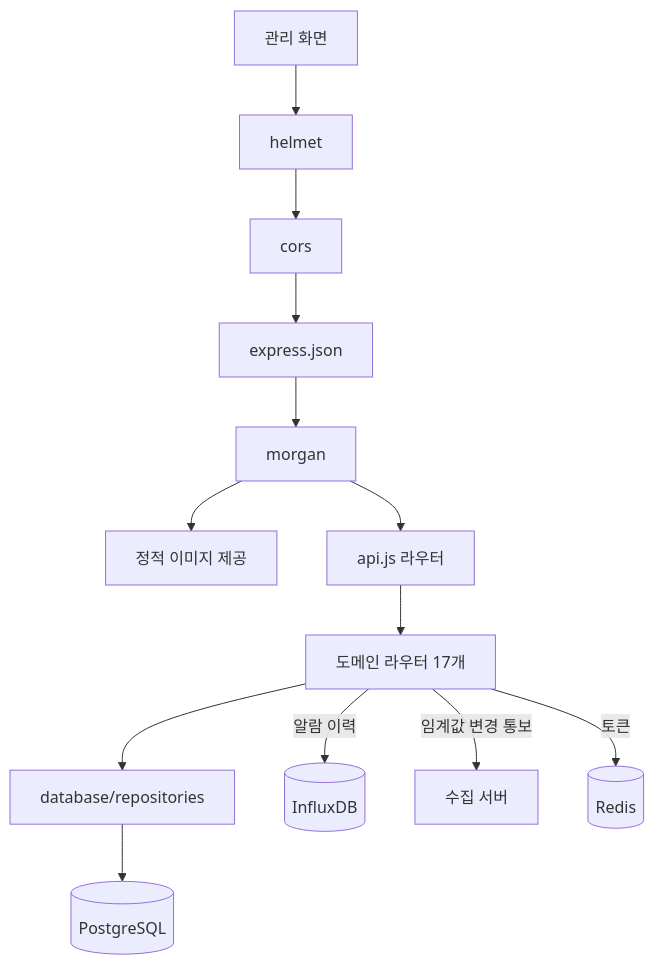
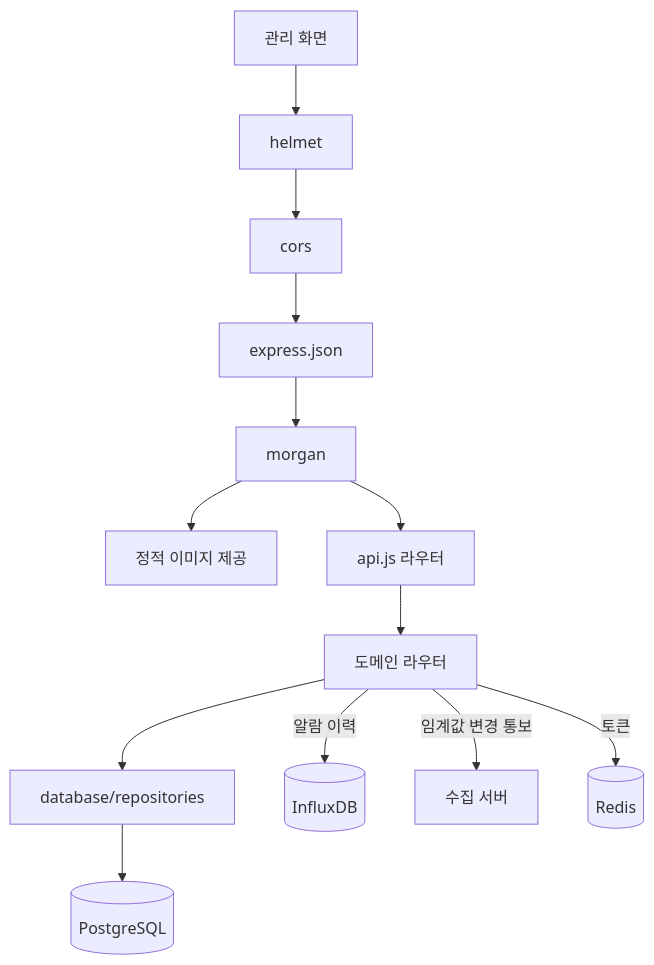
The first of 5 diagrams in server/관리-서버.md (inbm-company/geoverse--), drawn with Mermaid before and after one commit. The commit also changed other lines of this file, not shown here.

````diff
--- a/server/관리-서버.md
+++ b/server/관리-서버.md
@@ -11,15 +11,15 @@
 ```mermaid
 flowchart TB
     C[관리 화면] --> M1[helmet]
     M1 --> M2[cors]
     M2 --> M3[express.json]
     M3 --> M4[morgan]
     M4 --> ST["정적 이미지 제공"]
     M4 --> R["api.js 라우터"]
-    R --> D1["도메인 라우터 17개"]
+    R --> D1["도메인 라우터"]
     D1 --> REPO[database/repositories]
     REPO --> PG[(PostgreSQL)]
     D1 -->|알람 이력| INF[(InfluxDB)]
     D1 -->|임계값 변경 통보| COL[수집 서버]
     D1 -->|토큰| RD[(Redis)]
 ```
````
